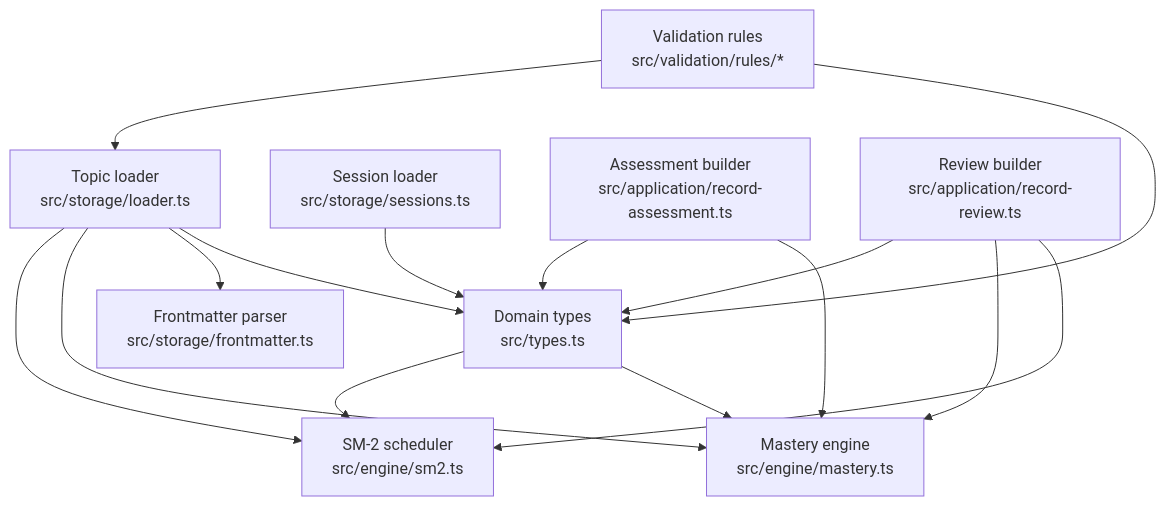
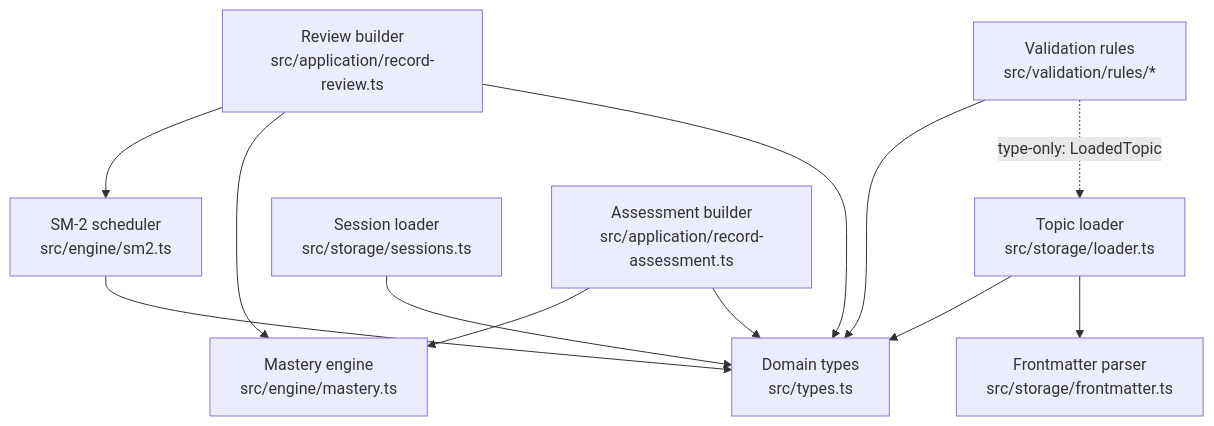
Before and after one commit to Kuldeep2822k/palee-architecture: the first of 7 diagrams in Data Models and Types/Data Models and Types.md, drawn with Mermaid. The commit also changed other lines of this file and 7 other files, not shown here.

````diff
--- a/Data Models and Types/Data Models and Types.md
+++ b/Data Models and Types/Data Models and Types.md
@@ -55,27 +57,24 @@
 ```mermaid
 graph TB
   Types["Domain types<br/>src/types.ts"]
   Mastery["Mastery engine<br/>src/engine/mastery.ts"]
   Sm2["SM-2 scheduler<br/>src/engine/sm2.ts"]
   Loader["Topic loader<br/>src/storage/loader.ts"]
   Frontmatter["Frontmatter parser<br/>src/storage/frontmatter.ts"]
   Sessions["Session loader<br/>src/storage/sessions.ts"]
   Assess["Assessment builder<br/>src/application/record-assessment.ts"]
   ReviewApp["Review builder<br/>src/application/record-review.ts"]
   Rules["Validation rules<br/>src/validation/rules/*"]
 
-  Types --> Mastery
-  Types --> Sm2
+  Sm2 --> Types
   Loader --> Types
   Loader --> Frontmatter
-  Loader --> Mastery
-  Loader --> Sm2
   Assess --> Mastery
   Assess --> Types
   ReviewApp --> Sm2
   ReviewApp --> Mastery
   ReviewApp --> Types
   Rules --> Types
-  Rules --> Loader
+  Rules -.->|type-only: LoadedTopic| Loader
   Sessions --> Types
 ```
````
